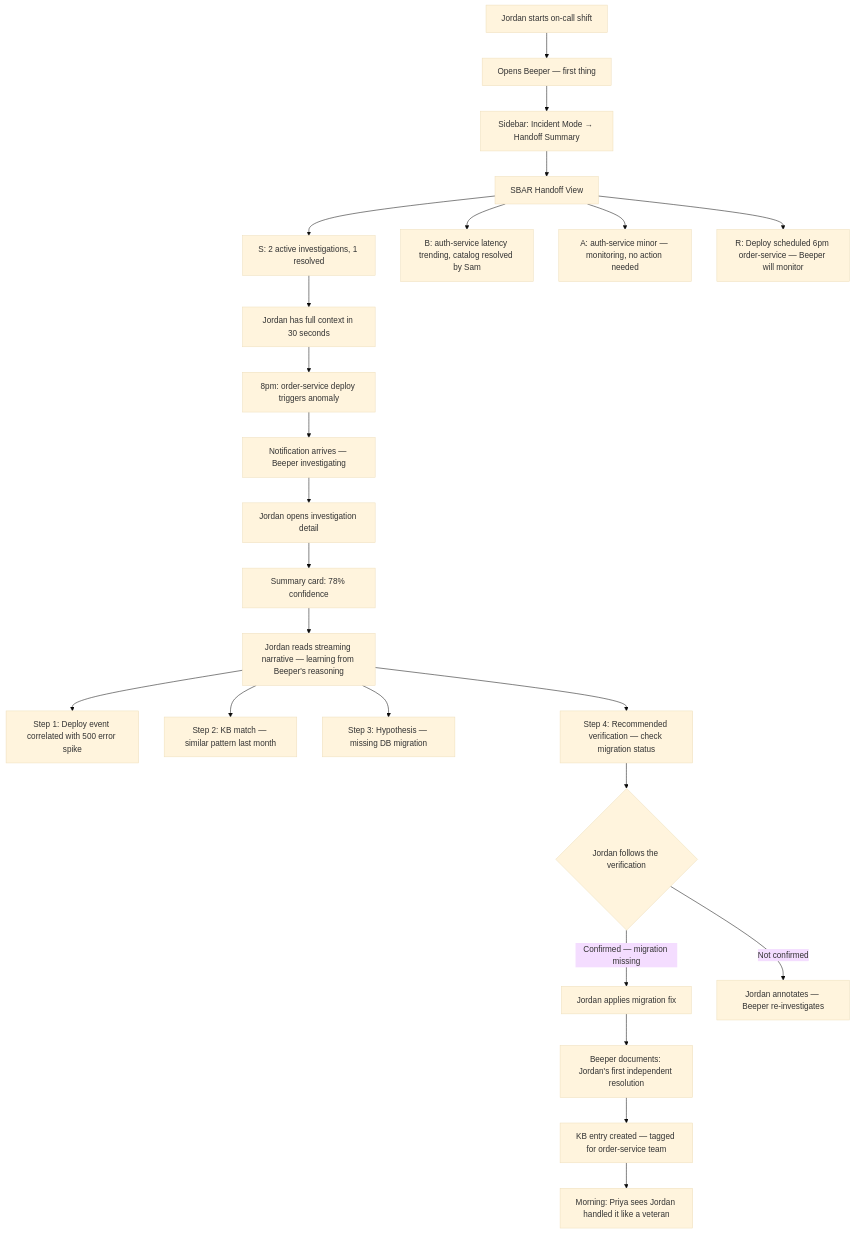
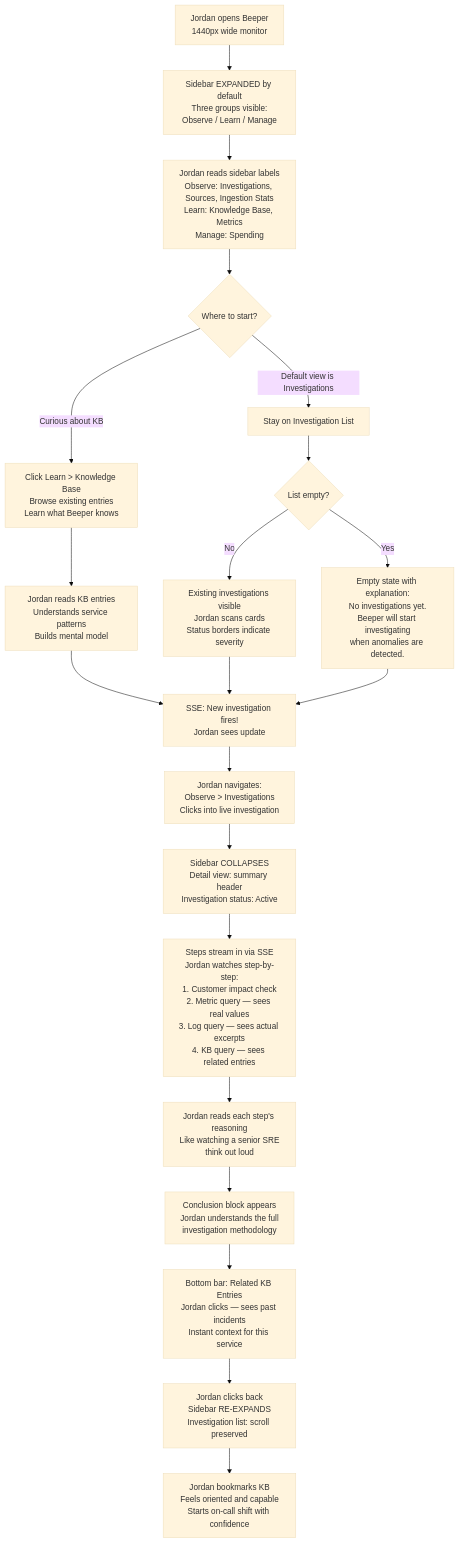
The third of 4 diagrams in _bmad-output/planning-artifacts/ux-design-specification.md (ethompsy/beeper), drawn with Mermaid (base theme) before and after one commit. The commit also changed other lines of this file and 17 other files, not shown here.

````diff
--- a/_bmad-output/planning-artifacts/ux-design-specification.md
+++ b/_bmad-output/planning-artifacts/ux-design-specification.md
@@ -704,31 +871,36 @@
 ```mermaid
 flowchart TD
-    A[Jordan starts on-call shift] --> B[Opens Beeper — first thing]
-    B --> C[Sidebar: Incident Mode → Handoff Summary]
+    J1[Jordan opens Beeper\n1440px wide monitor] --> J2[Sidebar EXPANDED by default\nThree groups visible:\nObserve / Learn / Manage]
 
-    C --> D[SBAR Handoff View]
-    D --> D1["S: 2 active investigations, 1 resolved"]
-    D --> D2["B: auth-service latency trending, catalog resolved by Sam"]
-    D --> D3["A: auth-service minor — monitoring, no action needed"]
-    D --> D4["R: Deploy scheduled 6pm order-service — Beeper will monitor"]
-    D1 --> E[Jordan has full context in 30 seconds]
+    J2 --> J3[Jordan reads sidebar labels\nObserve: Investigations, Sources, Ingestion Stats\nLearn: Knowledge Base, Metrics\nManage: Spending]
 
-    E --> F[8pm: order-service deploy triggers anomaly]
-    F --> G[Notification arrives — Beeper investigating]
-    G --> H[Jordan opens investigation detail]
+    J3 --> J4{Where to start?}
+    J4 -->|Curious about KB| J5[Click Learn > Knowledge Base\nBrowse existing entries\nLearn what Beeper knows]
+    J4 -->|Default view is Investigations| J6[Stay on Investigation List]
 
-    H --> I[Summary card: 78% confidence]
-    I --> J[Jordan reads streaming narrative — learning from Beeper's reasoning]
-    J --> J1[Step 1: Deploy event correlated with 500 error spike]
-    J --> J2[Step 2: KB match — similar pattern last month]
-    J --> J3[Step 3: Hypothesis — missing DB migration]
-    J --> J4[Step 4: Recommended verification — check migration status]
+    J6 --> J6a{List empty?}
+    J6a -->|No| J6b[Existing investigations visible\nJordan scans cards\nStatus borders indicate severity]
+    J6a -->|Yes| J6c[Empty state with explanation:\nNo investigations yet.\nBeeper will start investigating\nwhen anomalies are detected.]
 
-    J4 --> K{Jordan follows the verification}
-    K -->|Confirmed — migration missing| L[Jordan applies migration fix]
-    K -->|Not confirmed| M[Jordan annotates — Beeper re-investigates]
+    J5 --> J7[Jordan reads KB entries\nUnderstands service patterns\nBuilds mental model]
 
-    L --> N[Beeper documents: Jordan's first independent resolution]
-    N --> O[KB entry created — tagged for order-service team]
-    O --> P[Morning: Priya sees Jordan handled it like a veteran]
+    J7 --> J8[SSE: New investigation fires!\nJordan sees update]
+    J6b --> J8
+    J6c --> J8
+
+    J8 --> J9[Jordan navigates:\nObserve > Investigations\nClicks into live investigation]
+
+    J9 --> J10[Sidebar COLLAPSES\nDetail view: summary header\nInvestigation status: Active]
+
+    J10 --> J11[Steps stream in via SSE\nJordan watches step-by-step:\n1. Customer impact check\n2. Metric query — sees real values\n3. Log query — sees actual excerpts\n4. KB query — sees related entries]
+
+    J11 --> J12[Jordan reads each step's reasoning\nLike watching a senior SRE\nthink out loud]
+
+    J12 --> J13[Conclusion block appears\nJordan understands the full\ninvestigation methodology]
+
+    J13 --> J14[Bottom bar: Related KB Entries\nJordan clicks — sees past incidents\nInstant context for this service]
+
+    J14 --> J15[Jordan clicks back\nSidebar RE-EXPANDS\nInvestigation list: scroll preserved]
+
+    J15 --> J16[Jordan bookmarks KB\nFeels oriented and capable\nStarts on-call shift with confidence]
 ```
````
